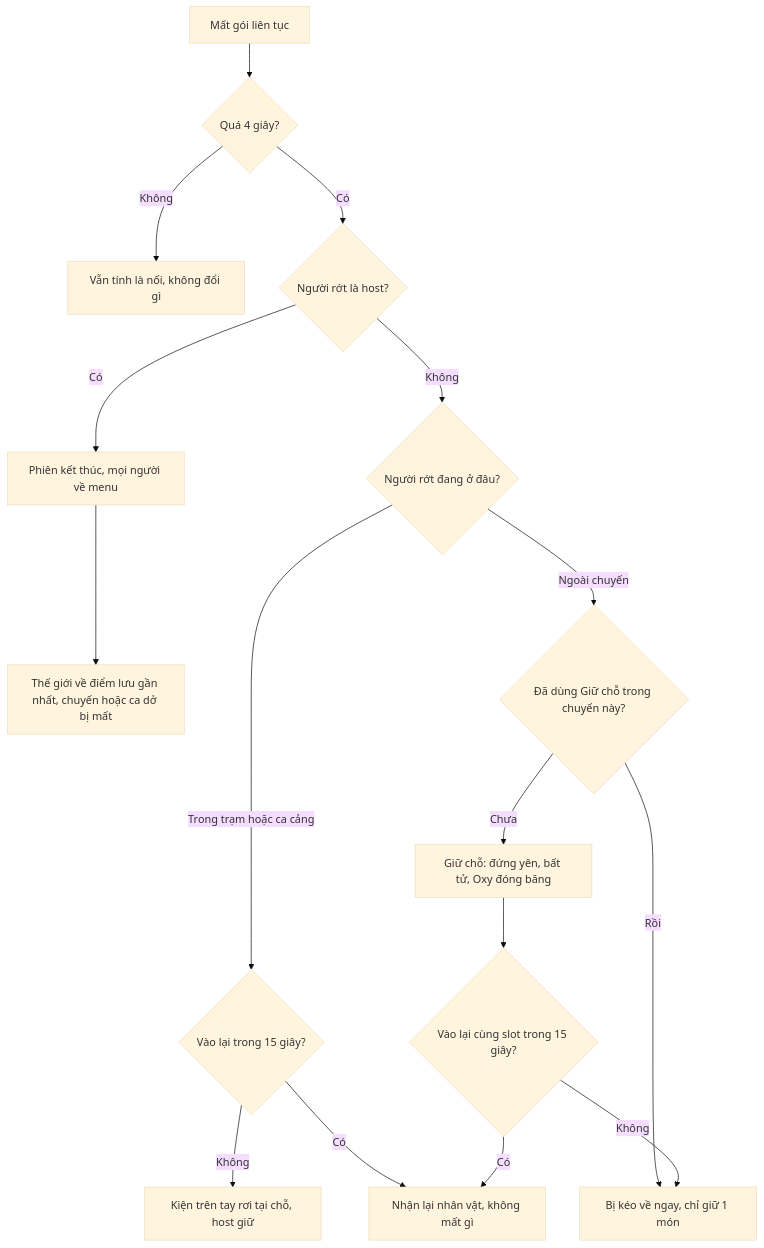
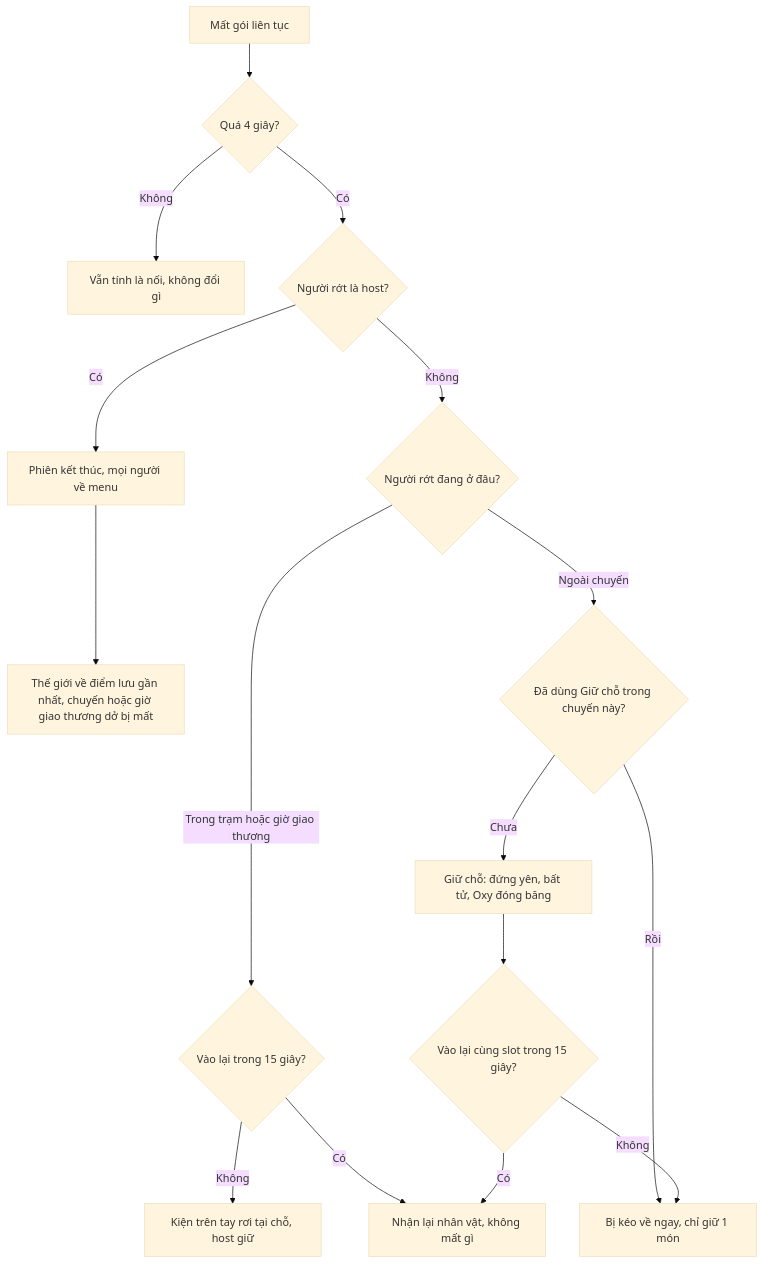
One commit to huycv18/DATN-SP27 changed the diagram in projects/game-moi/book/phan-2/08-co-op-va-luu.md. Above: the diagram before and after it, drawn with Mermaid (base theme). The commit also changed other lines of this file and 81 other files, not shown here.

Commit message:
Đổi tên ca cảng thành Giờ Giao Thương (Trade Hour): GDD, Book, TSV 25 tab, strings, sim, tool, prompt agent. Đếm là lượt giao thương, nút Mở bán, Nghỉ bán, màn Tổng kết giao thương. Luật và số giữ nguyên, sim kinh tế chạy lại không đổi số

````diff
--- a/projects/game-moi/book/phan-2/08-co-op-va-luu.md
+++ b/projects/game-moi/book/phan-2/08-co-op-va-luu.md
@@ -99,18 +99,18 @@
 ```mermaid
 flowchart TD
   A["Mất gói liên tục"] --> B{"Quá 4 giây?"}
   B -->|Không| C["Vẫn tính là nối, không đổi gì"]
   B -->|Có| D{"Người rớt là host?"}
   D -->|Có| E["Phiên kết thúc, mọi người về menu"]
-  E --> F["Thế giới về điểm lưu gần nhất, chuyến hoặc ca dở bị mất"]
+  E --> F["Thế giới về điểm lưu gần nhất, chuyến hoặc giờ giao thương dở bị mất"]
   D -->|Không| G{"Người rớt đang ở đâu?"}
-  G -->|Trong trạm hoặc ca cảng| H{"Vào lại trong 15 giây?"}
+  G -->|Trong trạm hoặc giờ giao thương| H{"Vào lại trong 15 giây?"}
   H -->|Không| N["Kiện trên tay rơi tại chỗ, host giữ"]
   G -->|Ngoài chuyến| I{"Đã dùng Giữ chỗ trong chuyến này?"}
   I -->|Rồi| J["Bị kéo về ngay, chỉ giữ 1 món"]
   I -->|Chưa| K["Giữ chỗ: đứng yên, bất tử, Oxy đóng băng"]
   K --> L{"Vào lại cùng slot trong 15 giây?"}
   L -->|Không| J
   H -->|Có| M["Nhận lại nhân vật, không mất gì"]
   L -->|Có| M
 ```
````
